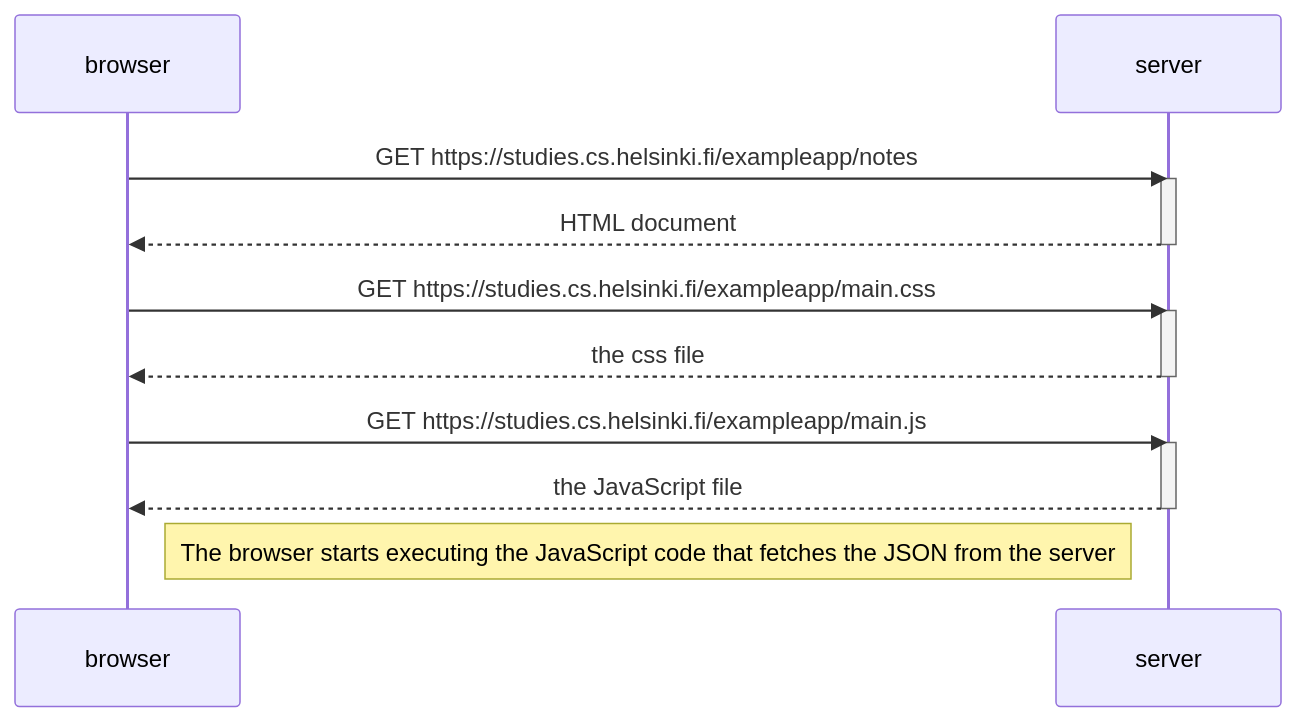
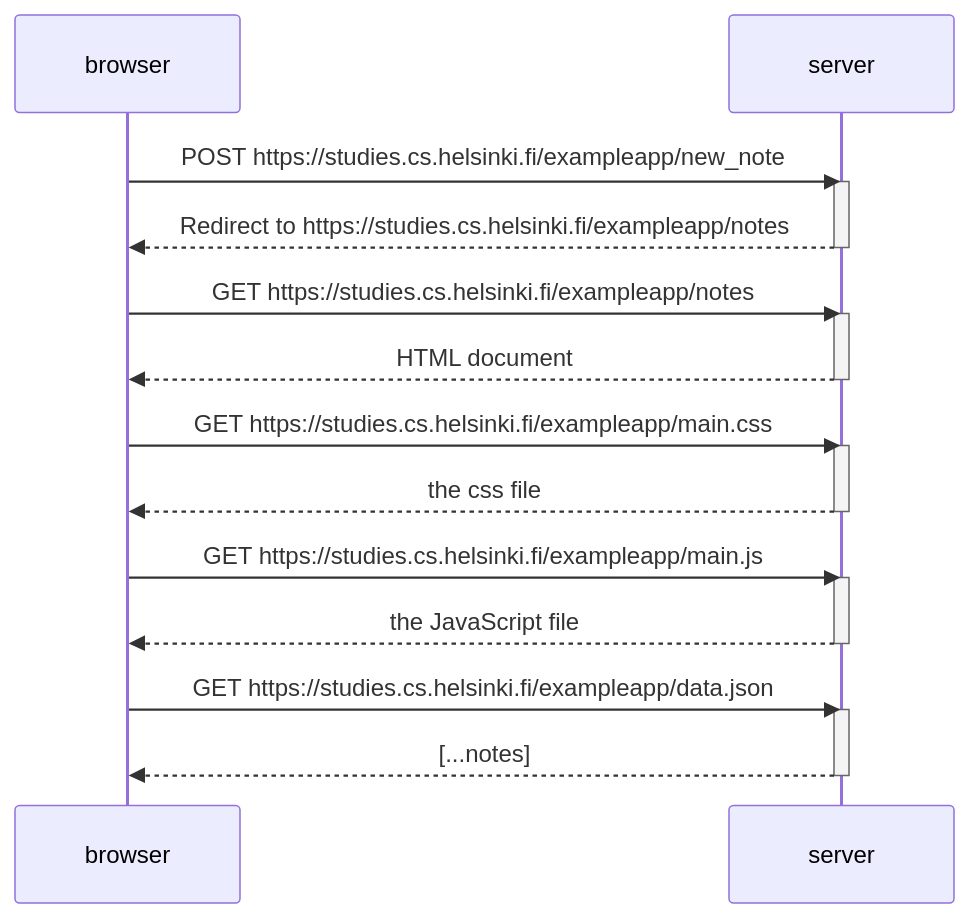
One commit to IslamEssam01/fullstackopen changed the diagram in part0/exercise_0.4._new-note-diagram.md. Above: the diagram before and after it, drawn with Mermaid.

Commit message:
wrote the exercies diagram

````diff
--- a/part0/exercise_0.4._new-note-diagram.md
+++ b/part0/exercise_0.4._new-note-diagram.md
@@ -1,22 +1,30 @@
 ```mermaid
 sequenceDiagram
     participant browser
     participant server
+
+    browser->>server: POST https://studies.cs.helsinki.fi/exampleapp/new_note
+    activate server
+    server-->>browser: Redirect to https://studies.cs.helsinki.fi/exampleapp/notes
+    deactivate server
 
     browser->>server: GET https://studies.cs.helsinki.fi/exampleapp/notes
     activate server
     server-->>browser: HTML document
     deactivate server
 
     browser->>server: GET https://studies.cs.helsinki.fi/exampleapp/main.css
     activate server
     server-->>browser: the css file
     deactivate server
 
     browser->>server: GET https://studies.cs.helsinki.fi/exampleapp/main.js
     activate server
     server-->>browser: the JavaScript file
     deactivate server
 
-    Note right of browser: The browser starts executing the JavaScript code that fetches the JSON from the server
+    browser->>server: GET https://studies.cs.helsinki.fi/exampleapp/data.json
+    activate server
+    server-->>browser: [...notes]
+    deactivate server
 ```
````
